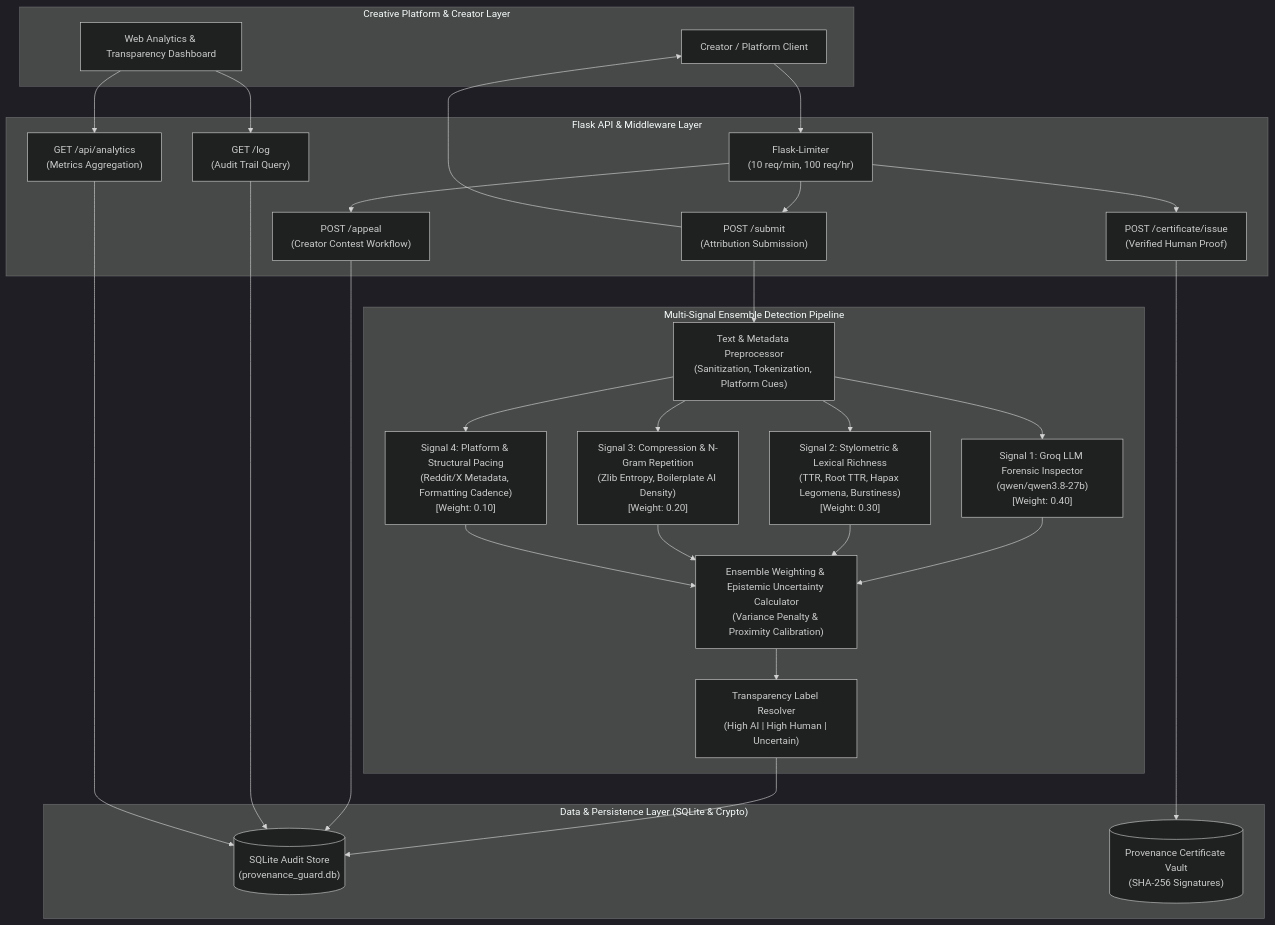
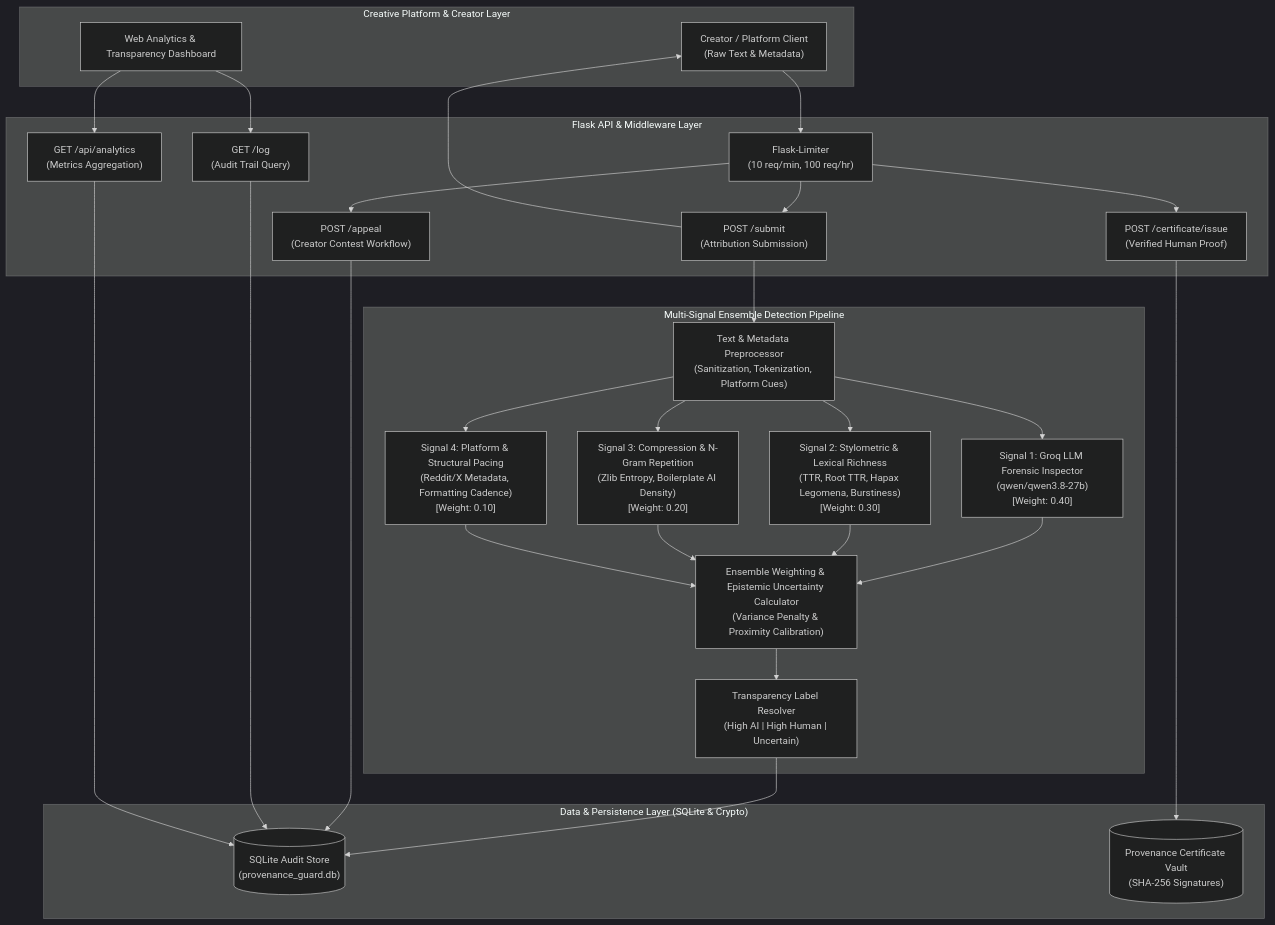
The diagram in planning.md (thanedouglass/ai201-project4-provenance-guard), drawn with Mermaid (dark theme) before and after one commit. The commit also changed other lines of this file and 3 other files, not shown here.

````diff
--- a/planning.md
+++ b/planning.md
@@ -11,61 +32,61 @@
 ```mermaid
 flowchart TD
     subgraph ClientLayer["Creative Platform & Creator Layer"]
-        User["Creator / Platform Client"]
+        User["Creator / Platform Client\n(Raw Text & Metadata)"]
         DashboardUI["Web Analytics & Transparency Dashboard"]
     end
 
     subgraph APILayer["Flask API & Middleware Layer"]
         RateLimiter["Flask-Limiter\n(10 req/min, 100 req/hr)"]
         SubmitEndpoint["POST /submit\n(Attribution Submission)"]
         AppealEndpoint["POST /appeal\n(Creator Contest Workflow)"]
         CertEndpoint["POST /certificate/issue\n(Verified Human Proof)"]
         LogEndpoint["GET /log\n(Audit Trail Query)"]
         AnalyticsEndpoint["GET /api/analytics\n(Metrics Aggregation)"]
     end
 
     subgraph DetectionEngine["Multi-Signal Ensemble Detection Pipeline"]
         Preprocessor["Text & Metadata Preprocessor\n(Sanitization, Tokenization, Platform Cues)"]
         
         Signal1["Signal 1: Groq LLM Forensic Inspector\n(qwen/qwen3.8-27b)\n[Weight: 0.40]"]
         Signal2["Signal 2: Stylometric & Lexical Richness\n(TTR, Root TTR, Hapax Legomena, Burstiness)\n[Weight: 0.30]"]
         Signal3["Signal 3: Compression & N-Gram Repetition\n(Zlib Entropy, Boilerplate AI Density)\n[Weight: 0.20]"]
         Signal4["Signal 4: Platform & Structural Pacing\n(Reddit/X Metadata, Formatting Cadence)\n[Weight: 0.10]"]
 
         EnsembleAggregator["Ensemble Weighting & Epistemic Uncertainty Calculator\n(Variance Penalty & Proximity Calibration)"]
         LabelEngine["Transparency Label Resolver\n(High AI | High Human | Uncertain)"]
     end
 
     subgraph StorageLayer["Data & Persistence Layer (SQLite & Crypto)"]
         AuditDB[("SQLite Audit Store\n(provenance_guard.db)")]
         CertStore[("Provenance Certificate Vault\n(SHA-256 Signatures)")]
     end
 
     User --> RateLimiter
     RateLimiter --> SubmitEndpoint
     RateLimiter --> AppealEndpoint
     RateLimiter --> CertEndpoint
 
     SubmitEndpoint --> Preprocessor
     Preprocessor --> Signal1
     Preprocessor --> Signal2
     Preprocessor --> Signal3
     Preprocessor --> Signal4
 
     Signal1 --> EnsembleAggregator
     Signal2 --> EnsembleAggregator
     Signal3 --> EnsembleAggregator
     Signal4 --> EnsembleAggregator
 
     EnsembleAggregator --> LabelEngine
     LabelEngine --> AuditDB
     SubmitEndpoint --> User
 
     AppealEndpoint --> AuditDB
     CertEndpoint --> CertStore
 
     LogEndpoint --> AuditDB
     AnalyticsEndpoint --> AuditDB
     DashboardUI --> AnalyticsEndpoint
     DashboardUI --> LogEndpoint
 ```
````
